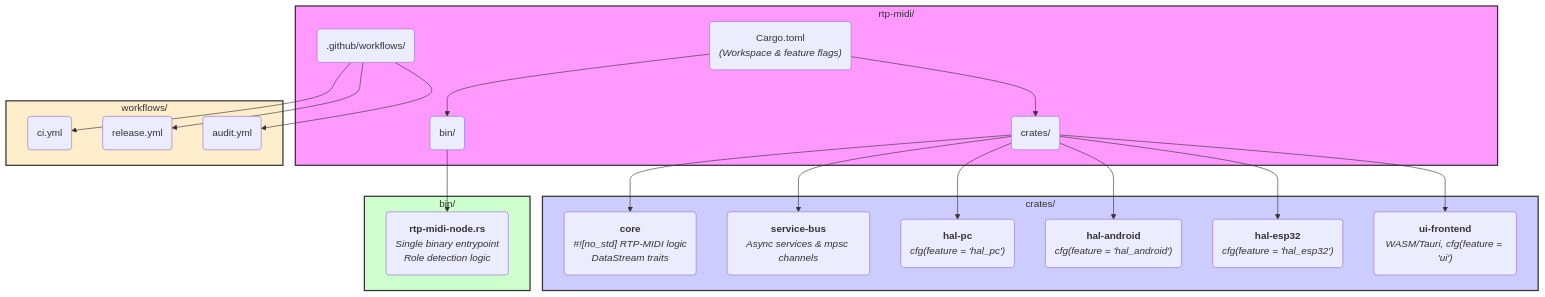
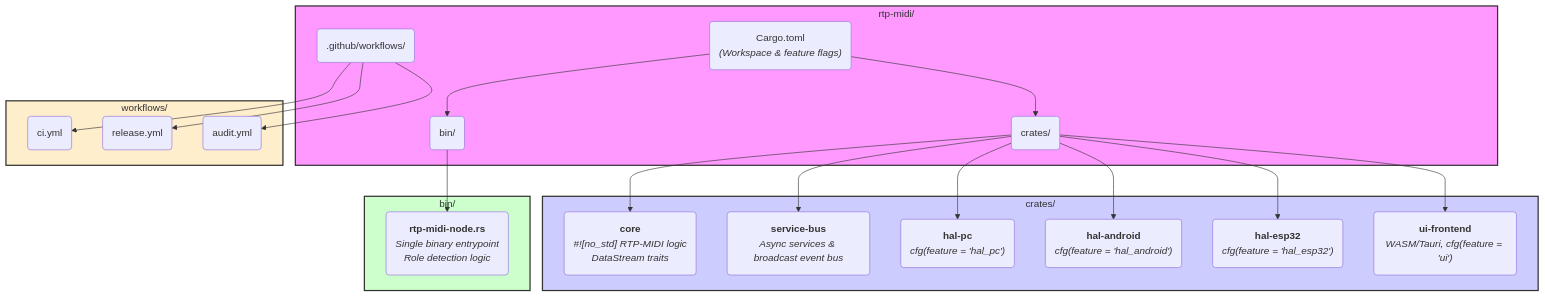
Before and after one commit to sparesparrow/rtp-midi: the diagram in README.md, drawn with Mermaid. The commit also changed other lines of this file, not shown here.

Commit message:
docs: update README to reflect completed event bus and async architecture implementation

````diff
--- a/README.md
+++ b/README.md
@@ -27,39 +27,39 @@
 ```mermaid
 graph TD
     subgraph Root["rtp-midi/"]
         A("Cargo.toml<br/><i>(Workspace & feature flags)</i>")
         B(crates/)
         C(bin/)
         D(.github/workflows/)
     end
     A --> B
     A --> C
     subgraph Crates["crates/"]
         B1("<b>core</b><br/><i>#![no_std] RTP-MIDI logic<br/>DataStream traits</i>")
-        B2("<b>service-bus</b><br/><i>Async services & mpsc channels</i>")
+        B2("<b>service-bus</b><br/><i>Async services & broadcast event bus</i>")
         B3("<b>hal-pc</b><br/><i>cfg(feature = 'hal_pc')</i>")
         B4("<b>hal-android</b><br/><i>cfg(feature = 'hal_android')</i>")
         B5("<b>hal-esp32</b><br/><i>cfg(feature = 'hal_esp32')</i>")
         B6("<b>ui-frontend</b><br/><i>WASM/Tauri, cfg(feature = 'ui')</i>")
     end
     B --> B1
     B --> B2
     B --> B3
     B --> B4
     B --> B5
     B --> B6
     subgraph Binaries["bin/"]
         C1("<b>rtp-midi-node.rs</b><br/><i>Single binary entrypoint<br/>Role detection logic</i>")
     end
     C --> C1
     subgraph CI_CD["workflows/"]
         D1("ci.yml")
         D2("release.yml")
         D3("audit.yml")
     end
     D --> D1 & D2 & D3
     style Root fill:#f9f,stroke:#333,stroke-width:2px
     style Crates fill:#ccf,stroke:#333,stroke-width:2px
     style Binaries fill:#cfc,stroke:#333,stroke-width:2px
     style CI_CD fill:#fec,stroke:#333,stroke-width:2px
 ```
````
